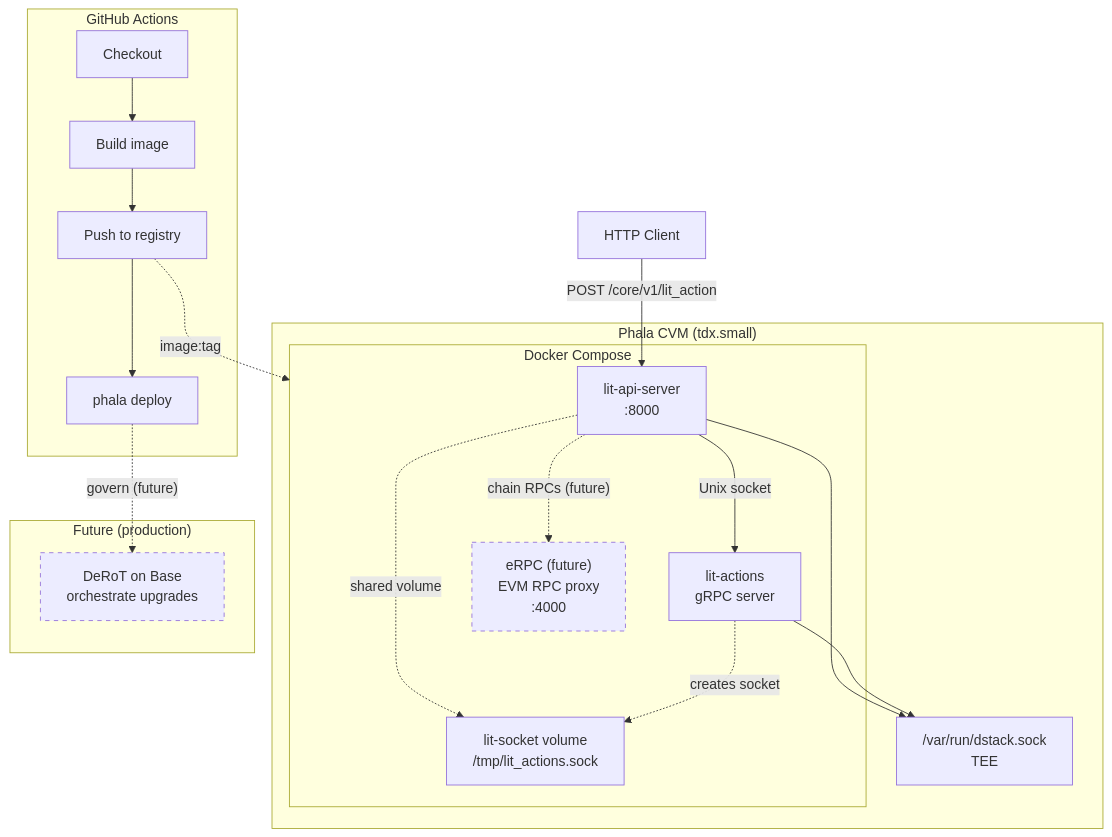
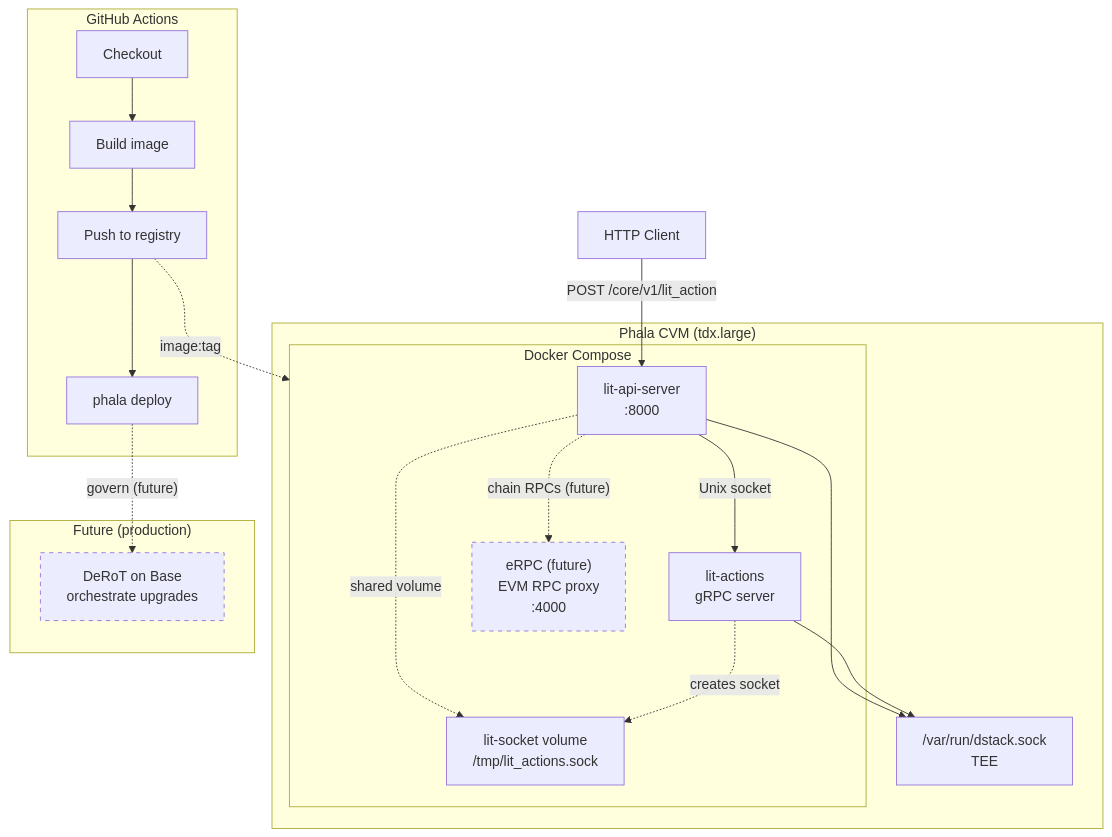
Before and after one commit to LIT-Protocol/chipotle: the diagram in docs/deployment/deployment.md, drawn with Mermaid. The commit also changed other lines of this file and 5 other files, not shown here.

Commit message:
switch tdx.small -> tdx.large

````diff
--- a/docs/deployment/deployment.md
+++ b/docs/deployment/deployment.md
@@ -16,37 +16,37 @@
 ```mermaid
 flowchart TB
-    subgraph CVM["Phala CVM (tdx.small)"]
+    subgraph CVM["Phala CVM (tdx.large)"]
         subgraph containers["Docker Compose"]
             API["lit-api-server<br/>:8000"]
             Actions["lit-actions<br/>gRPC server"]
             eRPC["eRPC (future)<br/>EVM RPC proxy<br/>:4000"]
             Vol["lit-socket volume<br/>/tmp/lit_actions.sock"]
         end
         Dstack["/var/run/dstack.sock<br/>TEE"]
     end
 
     Client["HTTP Client"] -->|"POST /core/v1/lit_action"| API
     API -->|"Unix socket"| Actions
     API -.->|"shared volume"| Vol
     Actions -.->|"creates socket"| Vol
     API -.->|"chain RPCs (future)"| eRPC
     API --> Dstack
     Actions --> Dstack
 
     subgraph CI["GitHub Actions"]
         Checkout["Checkout"] --> Build["Build image"]
         Build --> Push["Push to registry"]
         Push --> Deploy["phala deploy"]
     end
 
     Push -.->|"image:tag"| containers
 
     subgraph future["Future (production)"]
         DeRoT["DeRoT on Base<br/>orchestrate upgrades"]
     end
 
     Deploy -.->|"govern (future)"| DeRoT
 
     style eRPC stroke-dasharray: 5 5
     style DeRoT stroke-dasharray: 5 5
 ```
````
